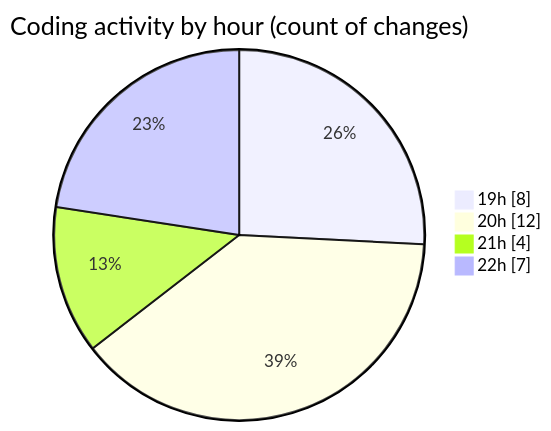
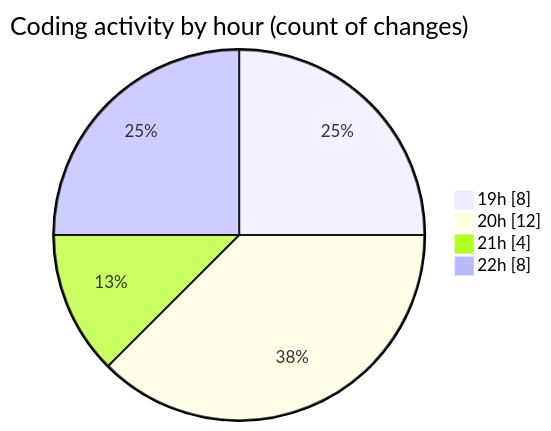
The second of 2 diagrams in 2025-04-10/product-page/README.md (Elitesun/code-tracking), drawn with Mermaid before and after one commit. The commit also changed other lines of this file and 1 other file, not shown here.

````diff
--- a/2025-04-10/product-page/README.md
+++ b/2025-04-10/product-page/README.md
@@ -43,8 +43,8 @@
 ```mermaid
 pie showData
 title Coding activity by hour (count of changes)
 "19h" : 8
 "20h" : 12
 "21h" : 4
-"22h" : 7
+"22h" : 8
 ```
````
